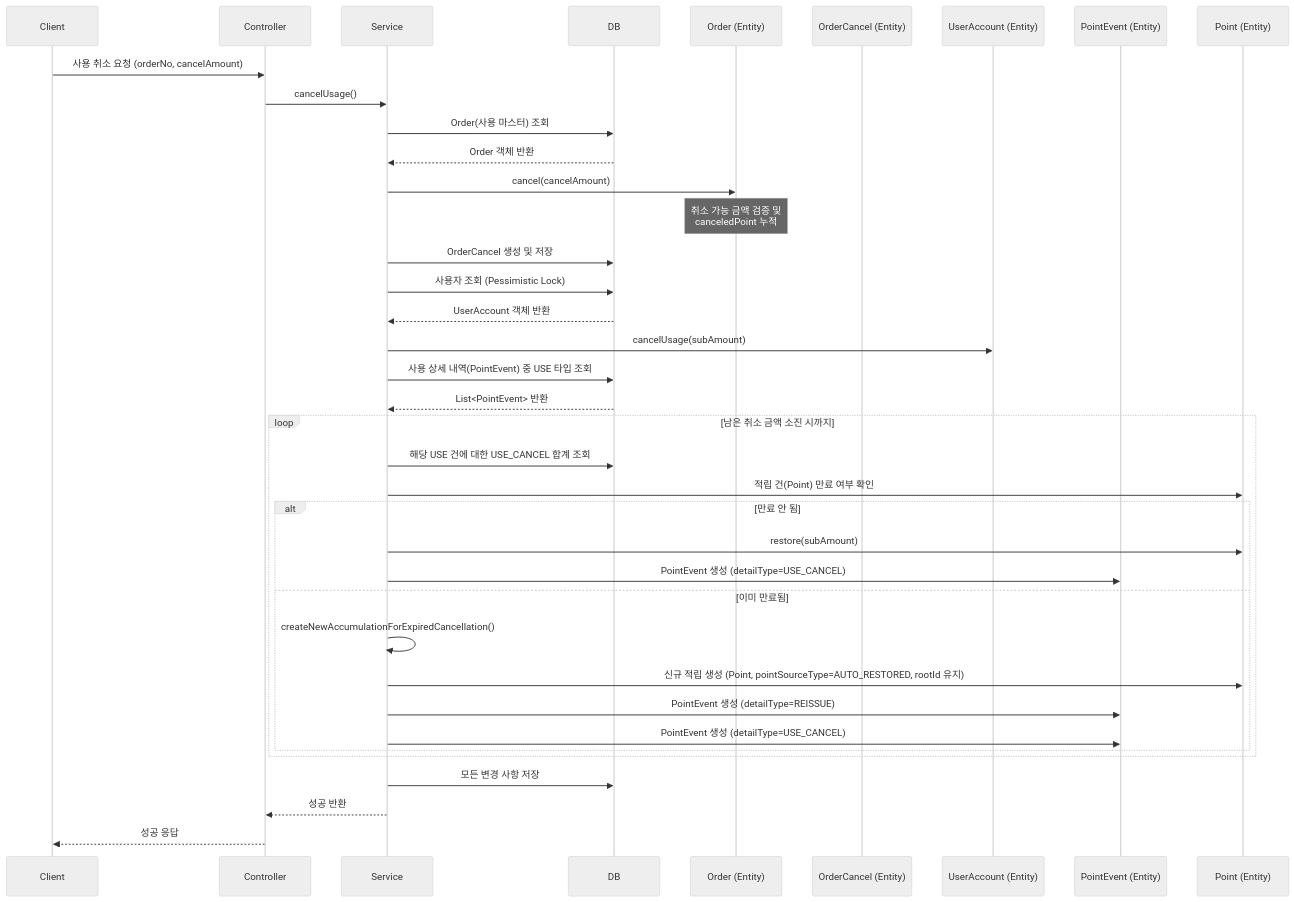
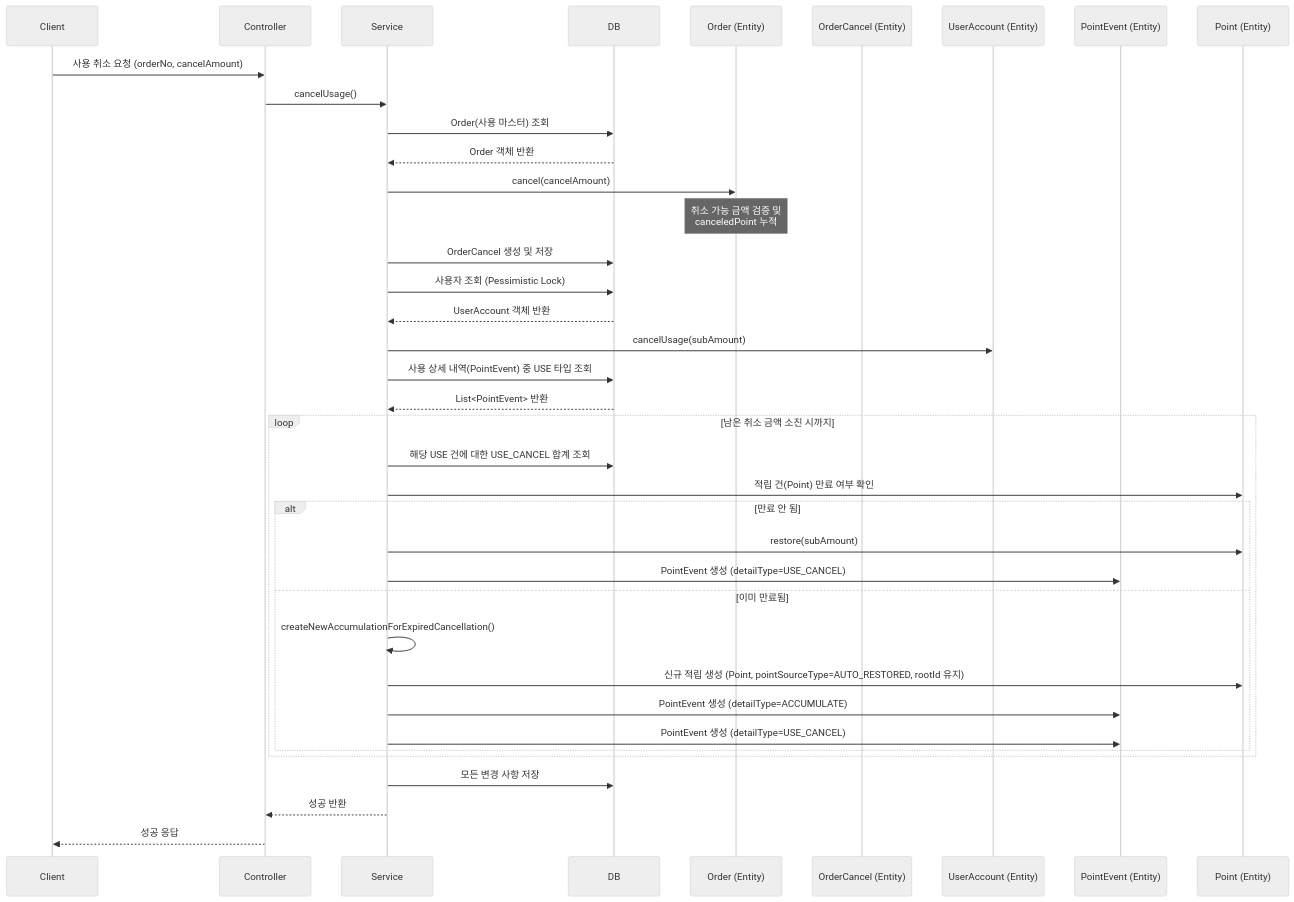
The diagram in docs/api/사용 취소.md (muzzaiwork/point), drawn with Mermaid (neutral theme) before and after one commit. The commit also changed other lines of this file and 7 other files, not shown here.

Commit message:
설계 개선: ACCUMULATE_CANCEL 추가, 검증 중복 제거, maxSystemAccumulationLimit 제거, REISSUE 제거 등

````diff
--- a/docs/api/사용 취소.md
+++ b/docs/api/사용 취소.md
@@ -58,46 +58,46 @@
 ```mermaid
 sequenceDiagram
     participant Client
     participant Controller
     participant Service
     participant DB
     participant OrderEntity as Order (Entity)
     participant CancelEntity as OrderCancel (Entity)
     participant UserAccountEntity as UserAccount (Entity)
     participant EventEntity as PointEvent (Entity)
     participant PointEntity as Point (Entity)
 
     Client->>Controller: 사용 취소 요청 (orderNo, cancelAmount)
     Controller->>Service: cancelUsage()
     Service->>DB: Order(사용 마스터) 조회
     DB-->>Service: Order 객체 반환
     Service->>OrderEntity: cancel(cancelAmount)
     Note over OrderEntity: 취소 가능 금액 검증 및<br/>canceledPoint 누적
     
     Service->>DB: OrderCancel 생성 및 저장
     
     Service->>DB: 사용자 조회 (Pessimistic Lock)
     DB-->>Service: UserAccount 객체 반환
     Service->>UserAccountEntity: cancelUsage(subAmount)
     
     Service->>DB: 사용 상세 내역(PointEvent) 중 USE 타입 조회
     DB-->>Service: List<PointEvent> 반환
     
     loop 남은 취소 금액 소진 시까지
         Service->>DB: 해당 USE 건에 대한 USE_CANCEL 합계 조회
         Service->>PointEntity: 적립 건(Point) 만료 여부 확인
         alt 만료 안 됨
             Service->>PointEntity: restore(subAmount)
             Service->>EventEntity: PointEvent 생성 (detailType=USE_CANCEL)
         else 이미 만료됨
             Service->>Service: createNewAccumulationForExpiredCancellation()
             Service->>PointEntity: 신규 적립 생성 (Point, pointSourceType=AUTO_RESTORED, rootId 유지)
-            Service->>EventEntity: PointEvent 생성 (detailType=REISSUE)
+            Service->>EventEntity: PointEvent 생성 (detailType=ACCUMULATE)
             Service->>EventEntity: PointEvent 생성 (detailType=USE_CANCEL)
         end
     end
     
     Service->>DB: 모든 변경 사항 저장
     Service-->>Controller: 성공 반환
     Controller-->>Client: 성공 응답
 ```
````
